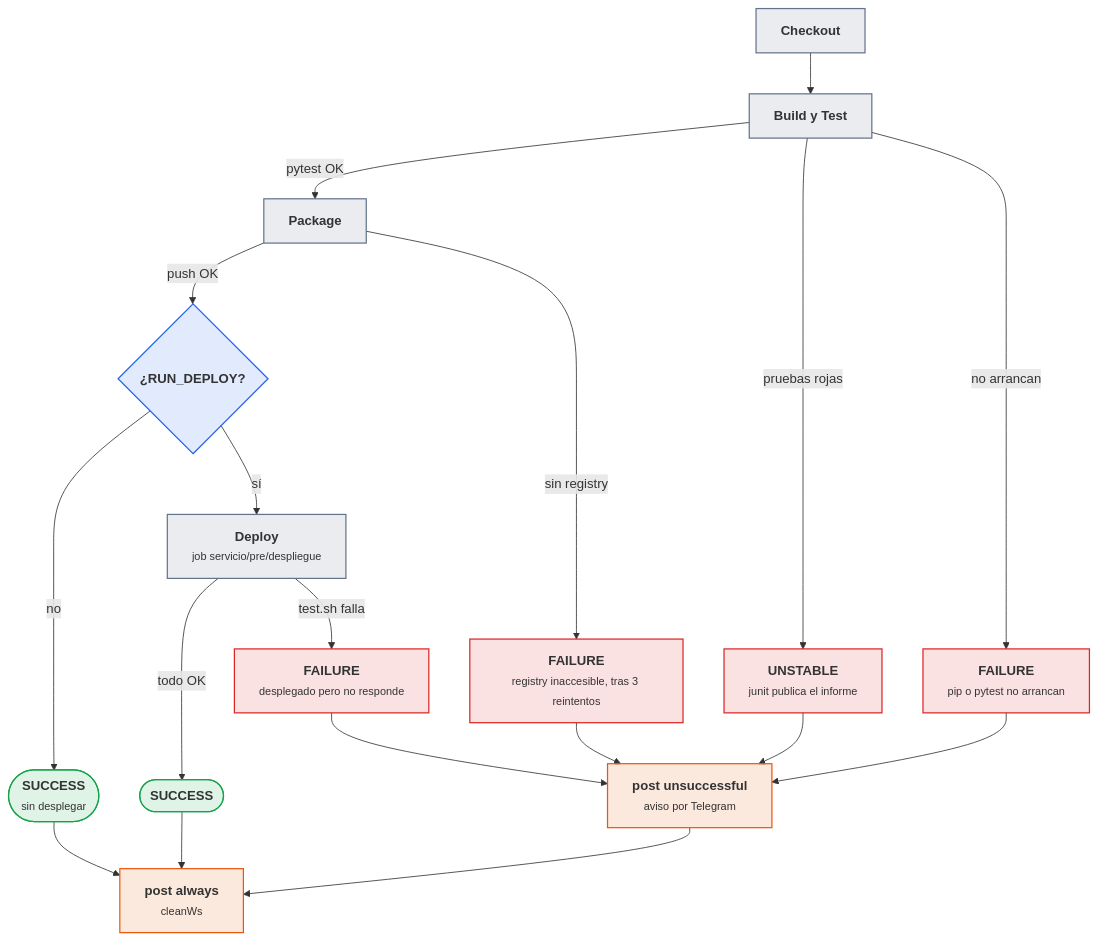
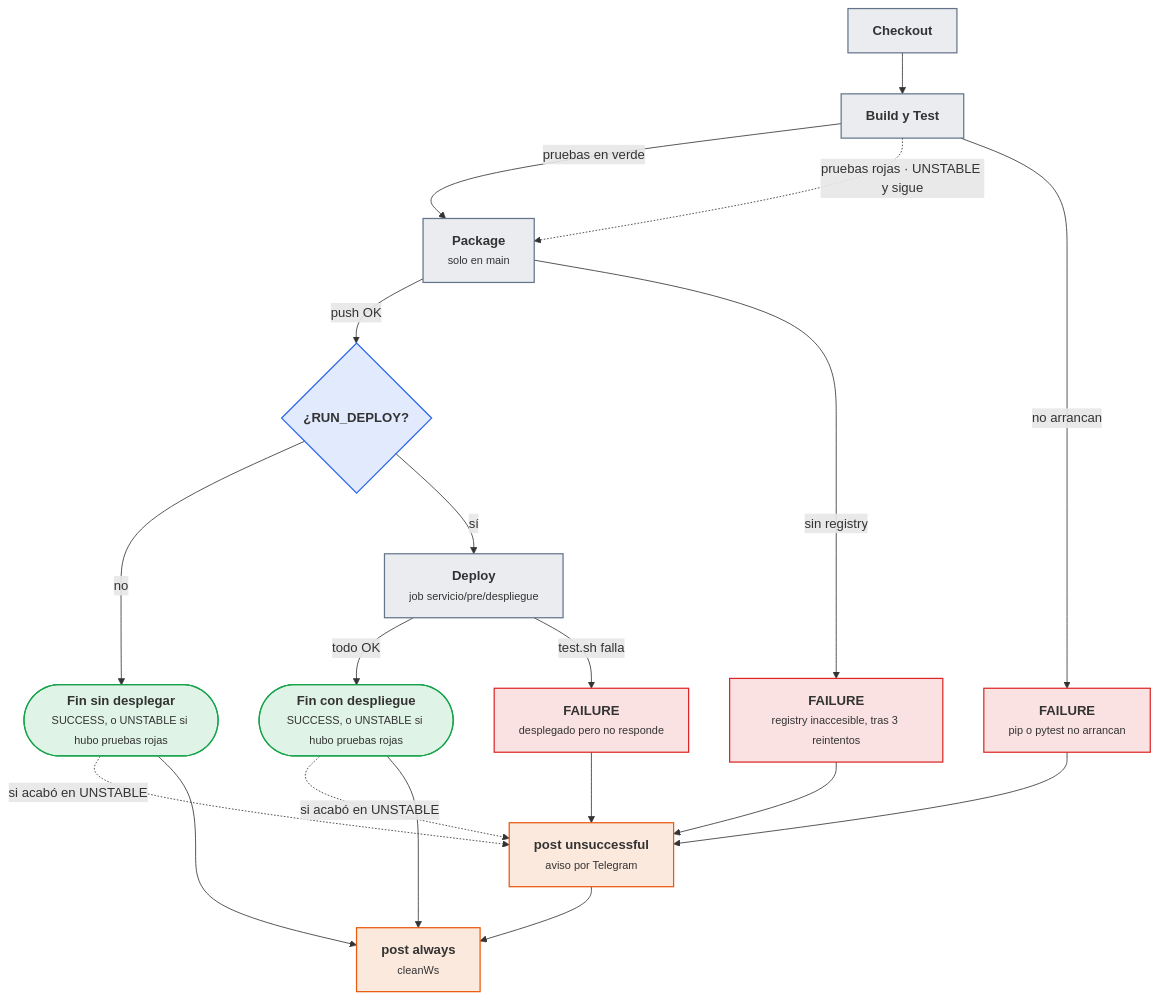
The sixth of 8 diagrams in docs/ut/ut6-ci.md (victor-educ/apuntes-5166), drawn with Mermaid before and after one commit. The commit also changed other lines of this file and 10 other files, not shown here.

````diff
--- a/docs/ut/ut6-ci.md
+++ b/docs/ut/ut6-ci.md
@@ -715,34 +898,35 @@
 ```mermaid
 flowchart TD
     CO["<b>Checkout</b>"]:::pieza
     BT["<b>Build y Test</b>"]:::pieza
-    PK["<b>Package</b>"]:::pieza
+    PK["<b>Package</b><br><small>solo en main</small>"]:::pieza
     W{"<b>¿RUN_DEPLOY?</b>"}:::dato
     DP["<b>Deploy</b><br><small>job servicio/pre/despliegue</small>"]:::pieza
-    UN["<b>UNSTABLE</b><br><small>junit publica el informe</small>"]:::riesgo
     F1["<b>FAILURE</b><br><small>pip o pytest no arrancan</small>"]:::riesgo
     F2["<b>FAILURE</b><br><small>registry inaccesible, tras 3 reintentos</small>"]:::riesgo
     F4["<b>FAILURE</b><br><small>desplegado pero no responde</small>"]:::riesgo
-    OK1(["<b>SUCCESS</b><br><small>sin desplegar</small>"]):::ok
-    OK2(["<b>SUCCESS</b>"]):::ok
+    OK1(["<b>Fin sin desplegar</b><br><small>SUCCESS, o UNSTABLE si hubo pruebas rojas</small>"]):::ok
+    OK2(["<b>Fin con despliegue</b><br><small>SUCCESS, o UNSTABLE si hubo pruebas rojas</small>"]):::ok
     P["<b>post unsuccessful</b><br><small>aviso por Telegram</small>"]:::act
     C["<b>post always</b><br><small>cleanWs</small>"]:::act
     CO --> BT
-    BT -->|pytest OK| PK
-    BT -->|pruebas rojas| UN
+    BT -->|pruebas en verde| PK
+    BT -.->|pruebas rojas · UNSTABLE y sigue| PK
     BT -->|no arrancan| F1
     PK -->|push OK| W
     PK -->|sin registry| F2
     W -->|no| OK1
     W -->|sí| DP
     DP -->|todo OK| OK2
     DP -->|test.sh falla| F4
-    F1 & F2 & F4 & UN --> P --> C
+    F1 & F2 & F4 --> P
+    OK1 & OK2 -.->|si acabó en UNSTABLE| P
     OK1 & OK2 --> C
+    P --> C
     classDef act fill:#ea580c22,stroke:#ea580c,stroke-width:1.5px
     classDef pieza fill:#64748b22,stroke:#64748b,stroke-width:1.5px
     classDef dato fill:#2563eb22,stroke:#2563eb,stroke-width:1.5px
     classDef infra fill:#a1a1aa14,stroke:#a1a1aa,stroke-width:1.5px
     classDef ok fill:#16a34a22,stroke:#16a34a,stroke-width:1.5px
     classDef riesgo fill:#dc262622,stroke:#dc2626,stroke-width:1.5px
 ```
````
